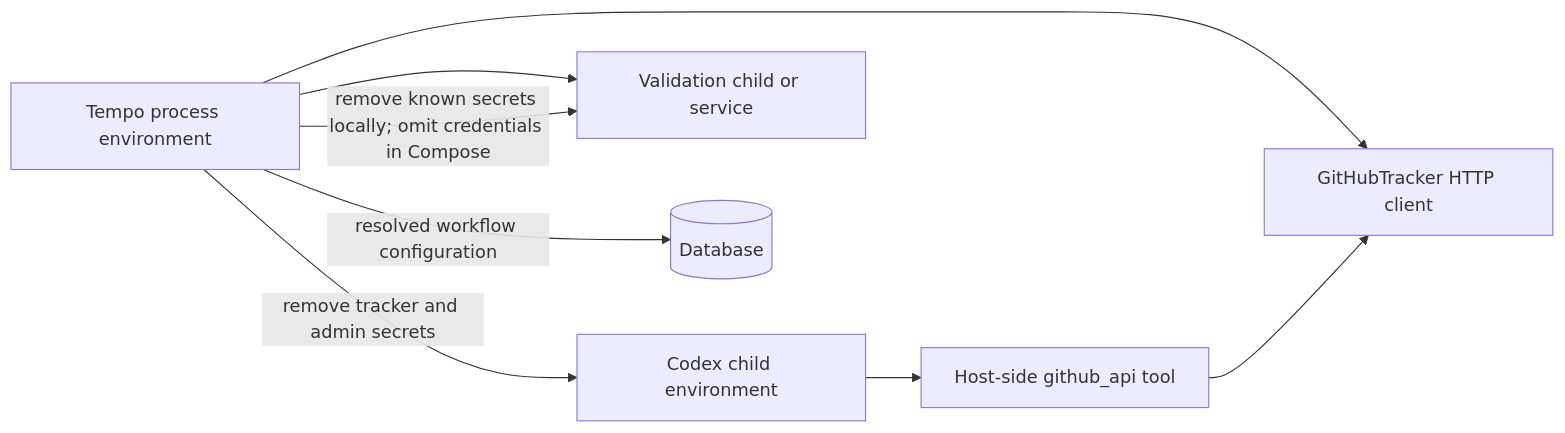
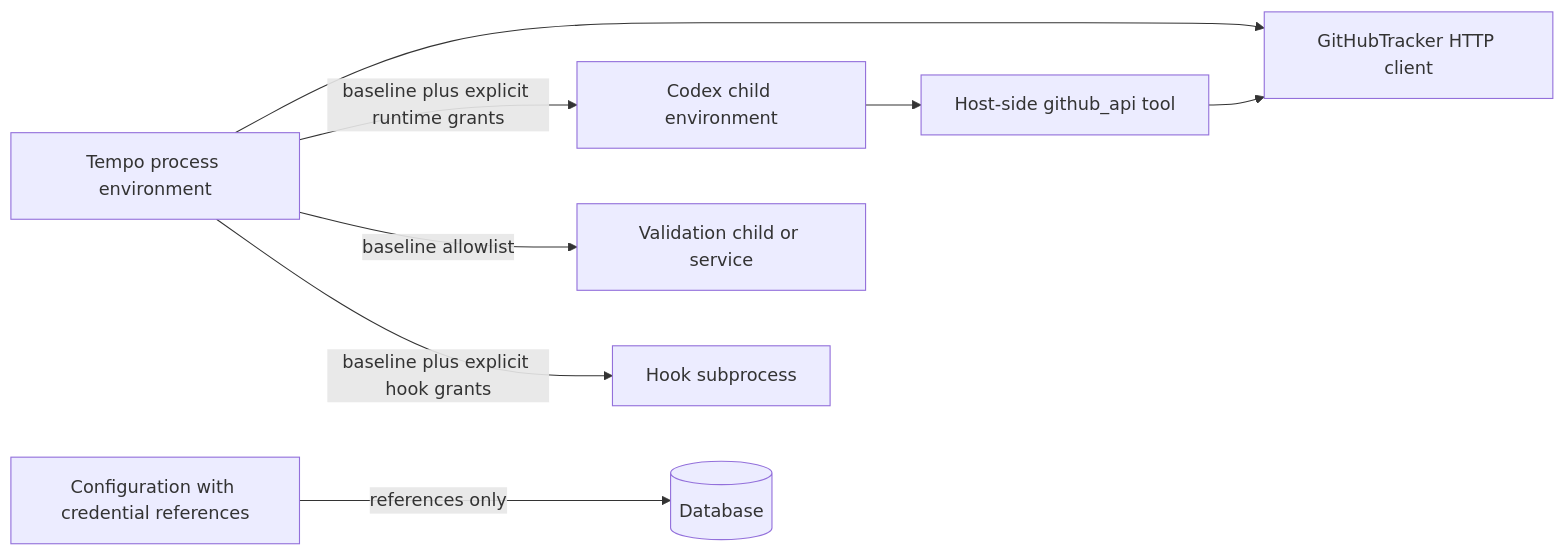
Before and after one commit to mahfouzalsheikh/tempo: diagram 11 of 12 in docs/ARCHITECTURE.md, drawn with Mermaid. The commit also changed other lines of this file and 16 other files, not shown here.

Commit message:
fix: retain credential references and scope subprocess environments

````diff
--- a/docs/ARCHITECTURE.md
+++ b/docs/ARCHITECTURE.md
@@ -784,17 +782,19 @@
 ```mermaid
 flowchart LR
     Env["Tempo process environment"]
     Tracker["GitHubTracker HTTP client"]
     Codex["Codex child environment"]
     Tool["Host-side github_api tool"]
     Validator["Validation child or service"]
+    Config["Configuration with credential references"]
+    Hooks["Hook subprocess"]
     DB[("Database")]
 
     Env --> Tracker
     Codex --> Tool
     Tool --> Tracker
-    Env -- resolved workflow configuration --> DB
-    Env --> Validator
-    Env -- remove tracker and admin secrets --> Codex
-    Env -- remove known secrets locally; omit credentials in Compose --> Validator
+    Config -- references only --> DB
+    Env -- baseline plus explicit runtime grants --> Codex
+    Env -- baseline allowlist --> Validator
+    Env -- baseline plus explicit hook grants --> Hooks
 ```
````
